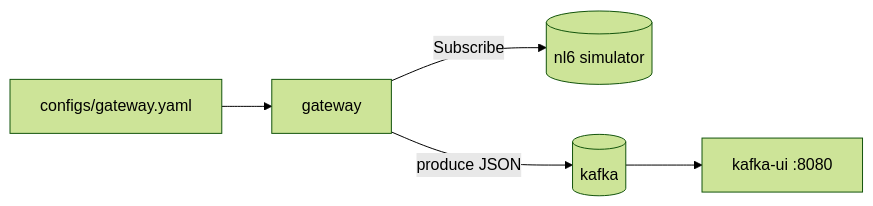
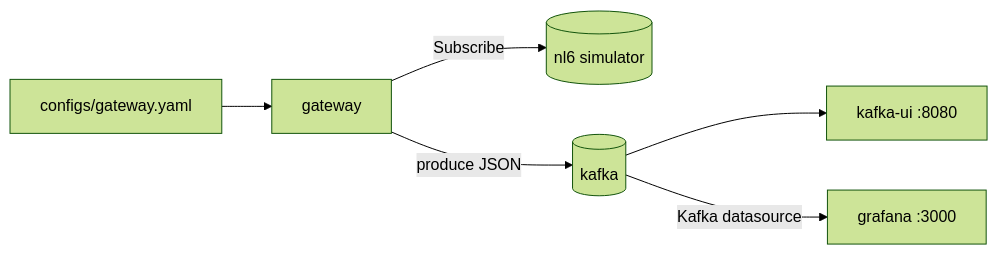
Before and after one commit to indigo423/gnmi-kafka-producer: the first of 2 diagrams in README.md, drawn with Mermaid (forest theme). The commit also changed other lines of this file and 7 other files, not shown here.

First line of the commit message:
feat!: add live Grafana dashboard over gnmi.telemetry via Kafka datasource plugin

````diff
--- a/README.md
+++ b/README.md
@@ -7,13 +7,15 @@
 ```mermaid
 flowchart LR
     gconf[configs/gateway.yaml]
     GW[gateway]
     NL6[(nl6 simulator)]
     K[(kafka)]
     UI[kafka-ui :8080]
+    GF[grafana :3000]
 
     gconf --> GW
     GW -- Subscribe --> NL6
     GW -- produce JSON --> K
     K --> UI
+    K -- Kafka datasource --> GF
 ```
````
